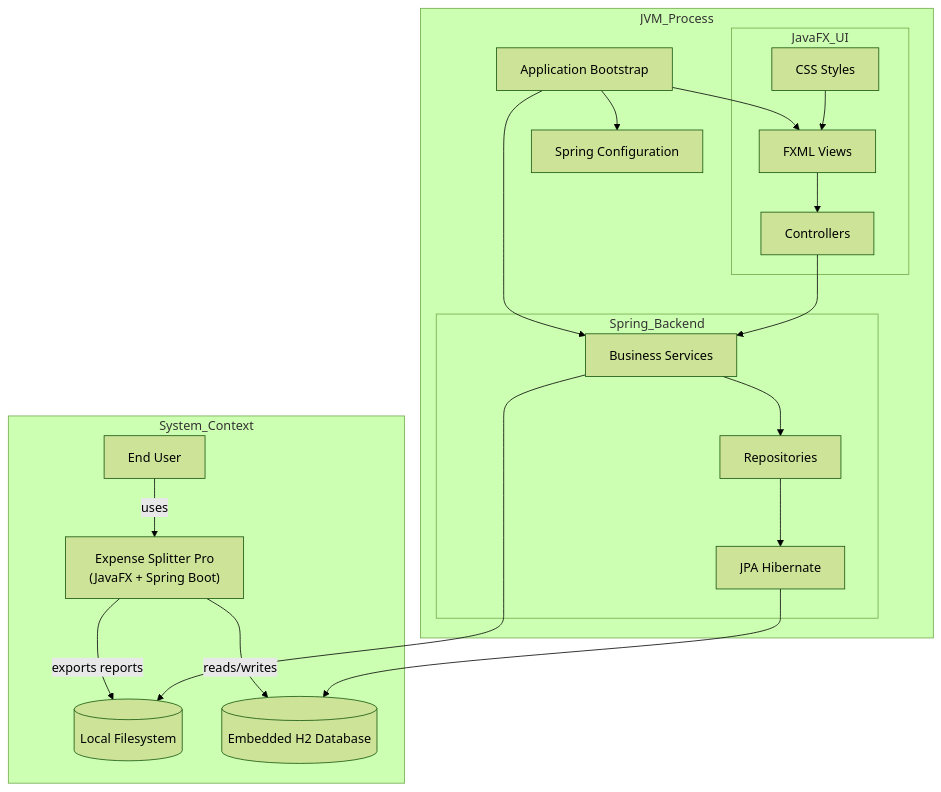
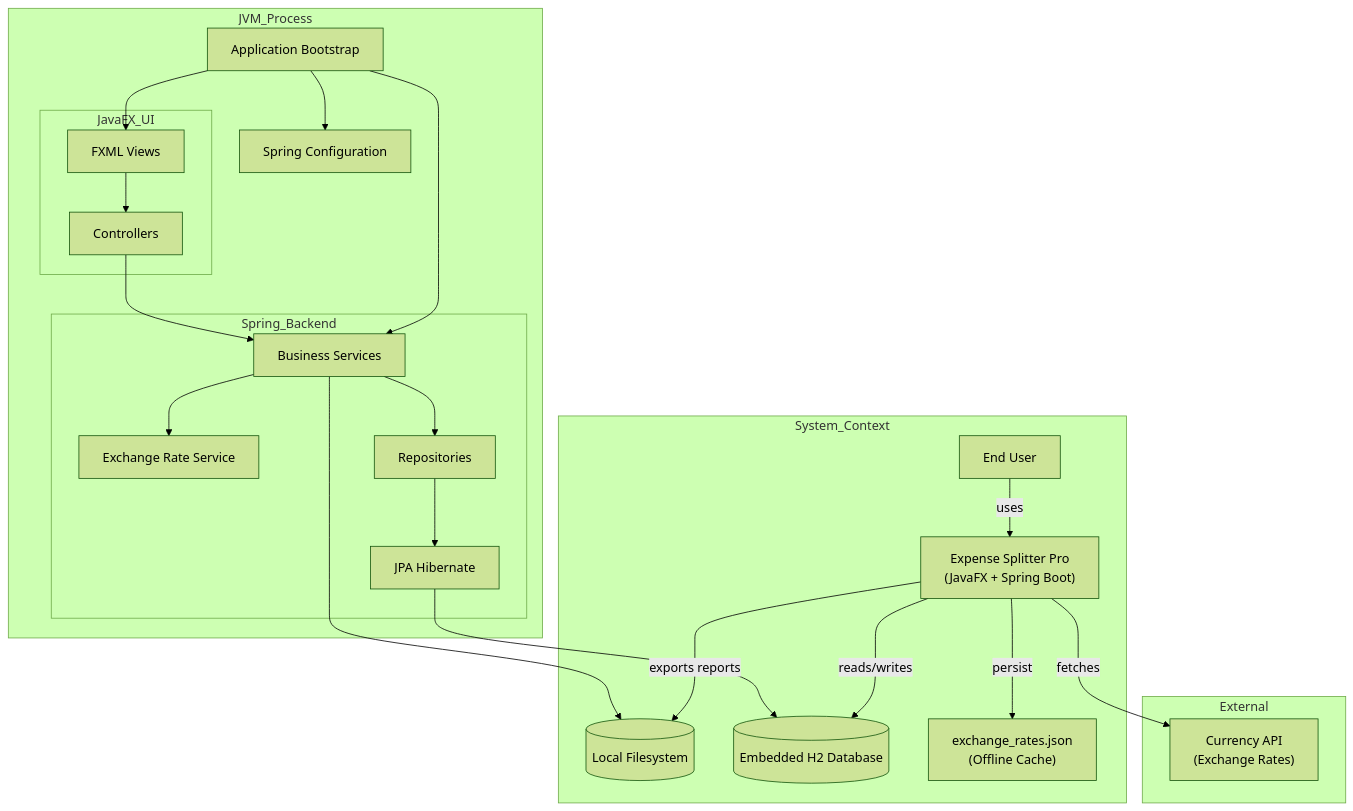
One commit to malcolm-cephas/Expense_Splitter changed the first of 5 diagrams in README.md. Above: the diagram before and after it, drawn with Mermaid (forest theme). The commit also changed other lines of this file and 12 other files, not shown here.

Commit message:
Enhance: Add multi-currency support with offline caching and UI improvements

````diff
--- a/README.md
+++ b/README.md
@@ -103,44 +103,50 @@
 ```mermaid
 flowchart TD
+
+subgraph External
+API["Currency API\n(Exchange Rates)"]
+end
 
 subgraph System_Context
 U[End User]
 APP["Expense Splitter Pro\n(JavaFX + Spring Boot)"]
 FS[(Local Filesystem)]
 H2[(Embedded H2 Database)]
+CACHE["exchange_rates.json\n(Offline Cache)"]
 end
 
 U -->|uses| APP
+APP -->|fetches| API
 APP -->|reads/writes| H2
+APP -->|persist| CACHE
 APP -->|exports reports| FS
 
 subgraph JVM_Process
 BOOT[Application Bootstrap]
 CFG[Spring Configuration]
 
 subgraph JavaFX_UI
 FXML[FXML Views]
-CSS[CSS Styles]
 CTRLS[Controllers]
 end
 
 subgraph Spring_Backend
 SRV[Business Services]
+EXSRV[Exchange Rate Service]
 REPO[Repositories]
 JPA[JPA Hibernate]
 end
 end
 
 BOOT --> CFG
 BOOT --> FXML
 BOOT --> SRV
 
 FXML --> CTRLS
-CSS --> FXML
-
 CTRLS --> SRV
+SRV --> EXSRV
 SRV --> REPO
 REPO --> JPA
 JPA --> H2
 SRV --> FS
 ```
````
